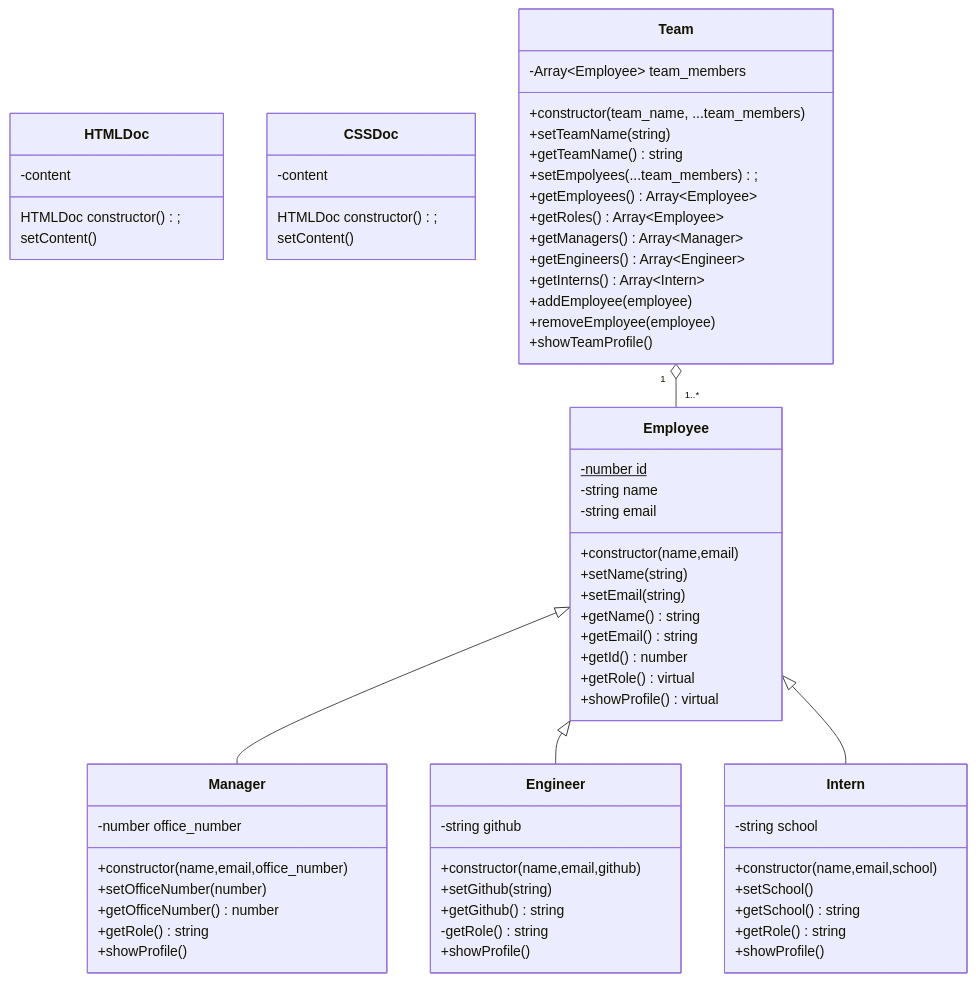
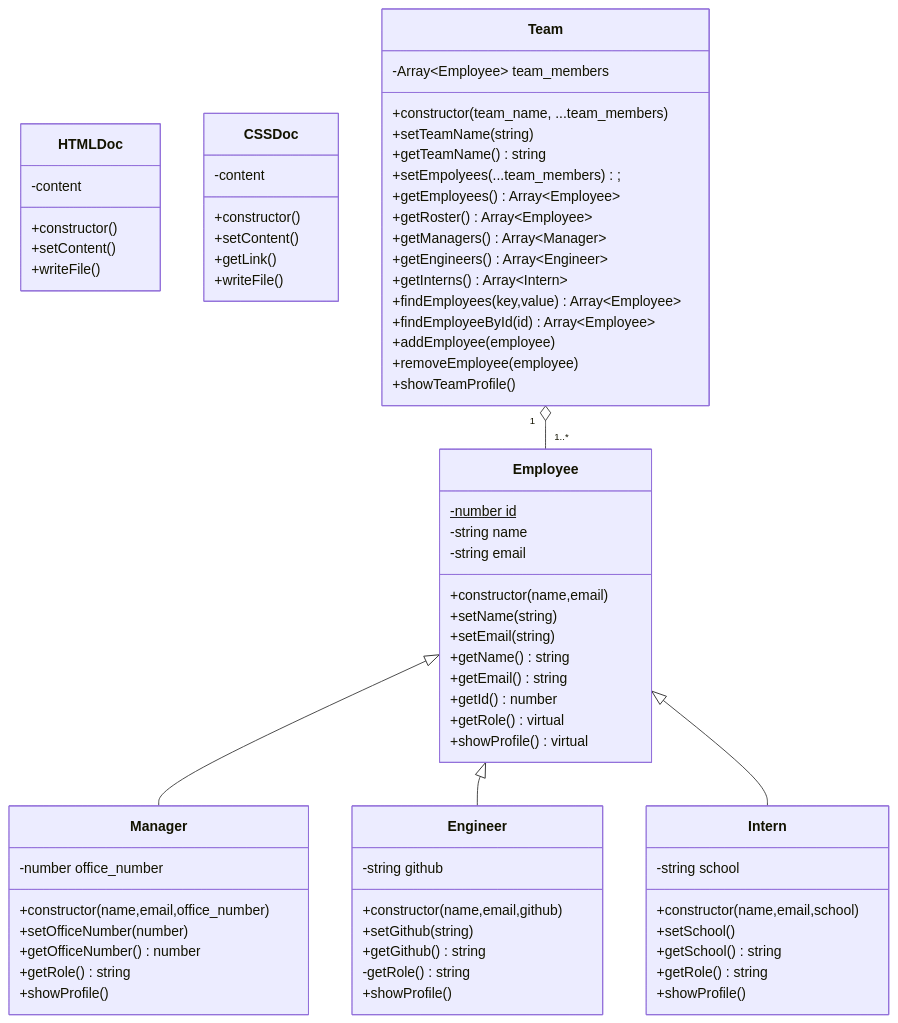
The first of 2 diagrams in README.md (jrcharney/team-profile-generator), drawn with Mermaid before and after one commit. The commit also changed 1 other file, not shown here.

Commit message:
Small corrections to README and Team.js

````diff
--- a/README.md
+++ b/README.md
@@ -72,77 +72,82 @@
 ```mermaid
 classDiagram
 
 class HTMLDoc {
   -content
-  HTMLDoc constructor();
-  setContent()
+  +constructor()
+  +setContent()
+  +writeFile()
 }
 
 class CSSDoc {
   -content
-  HTMLDoc constructor();
-  setContent()
+  +constructor()
+  +setContent()
+  +getLink()
+  +writeFile()
 }
 
 class Employee {
   -number id$
   -string name
   -string email
   +constructor(name,email)
   +setName(string)
   +setEmail(string)
   +getName() string
   +getEmail() string
   +getId() number
   +getRole() virtual
   +showProfile() virtual
 }
 
 class Manager {
   -number office_number
   +constructor(name,email,office_number)
   +setOfficeNumber(number)
   +getOfficeNumber() number
   +getRole() string
   +showProfile()
 }
 
 class Engineer {
   -string github
   +constructor(name,email,github)
   +setGithub(string)
   +getGithub() string
   -getRole() string
   +showProfile()
 }
 
 class Intern {
   -string school
   +constructor(name,email,school)
   +setSchool()
   +getSchool() string
   +getRole() string
   +showProfile()
 }
 
 class Team {
  -Array~Employee~ team_members
  +constructor(team_name, ...team_members)
  +setTeamName(string)
  +getTeamName() string
  +setEmpolyees(...team_members);
  +getEmployees() Array~Employee~
- +getRoles() Array~Employee~
+ +getRoster() Array~Employee~
  +getManagers()  Array~Manager~
  +getEngineers() Array~Engineer~
  +getInterns() Array~Intern~
+ +findEmployees(key,value) Array~Employee~
+ +findEmployeeById(id) Array~Employee~
  +addEmployee(employee)
  +removeEmployee(employee)
  +showTeamProfile()
 }
 
 Employee <|-- Manager
 Employee <|-- Engineer
 Employee <|-- Intern
 Team "1" o-- "1..*" Employee
 ```
````
